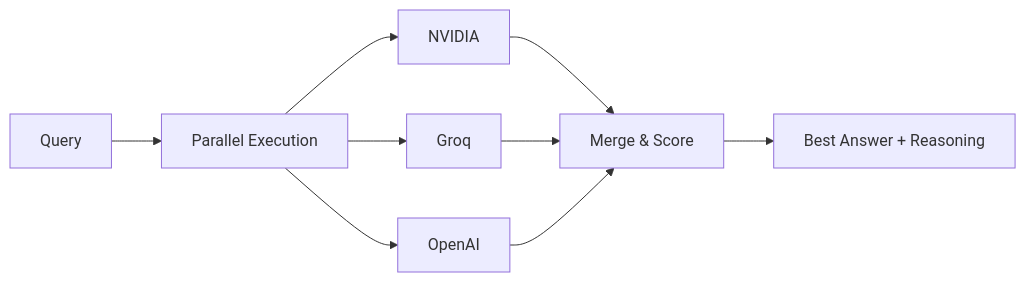
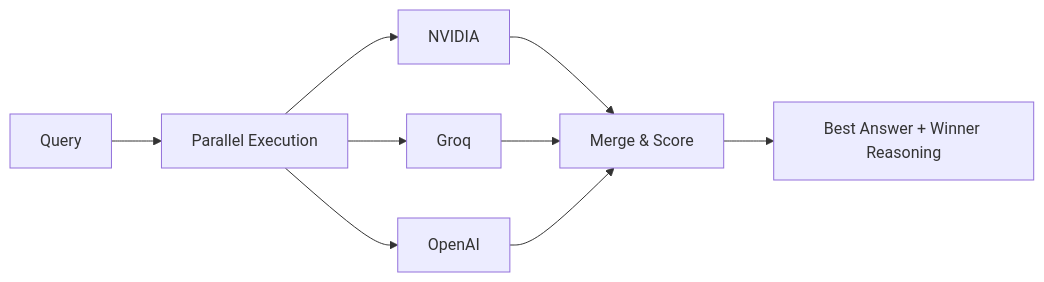
Before and after one commit to Das-rebel/a3m-router: the diagram in README.md, drawn with Mermaid. The commit also changed other lines of this file and 6 other files, not shown here.

````diff
--- a/README.md
+++ b/README.md
@@ -18,11 +18,11 @@
 ```mermaid
 graph LR
     Q[Query] --> P[Parallel Execution]
     P --> N[NVIDIA]
     P --> G[Groq]
     P --> O[OpenAI]
     N --> M[Merge & Score]
     G --> M
     O --> M
-    M --> R[Best Answer + Reasoning]
+    M --> R[Best Answer + Winner Reasoning]
 ```
````
